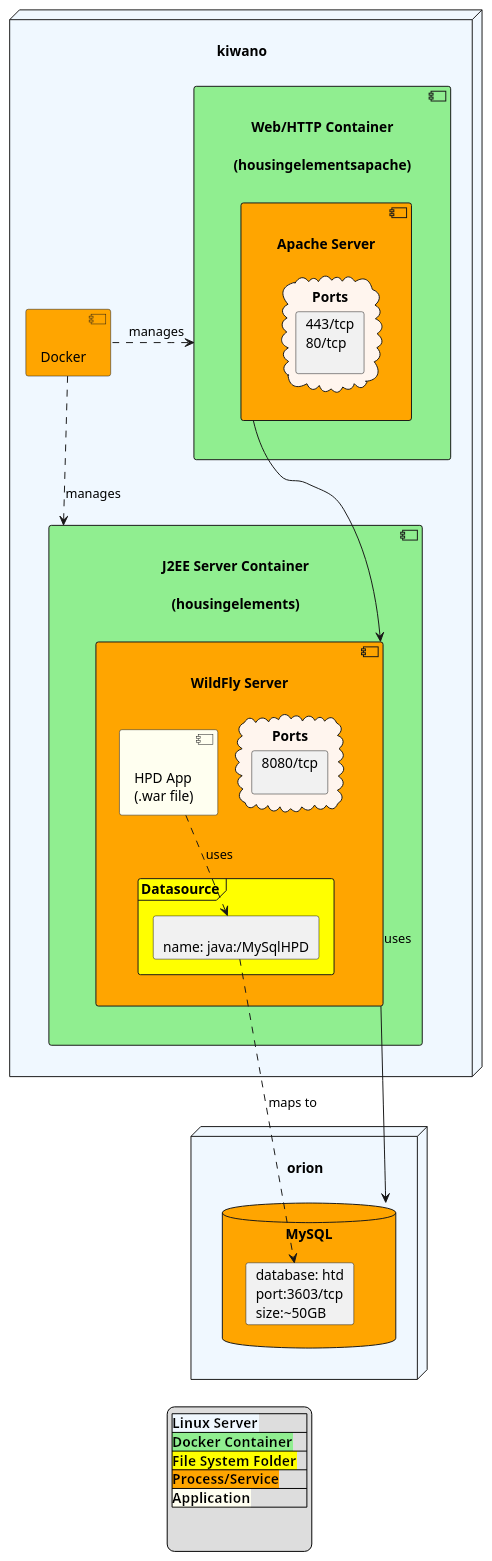
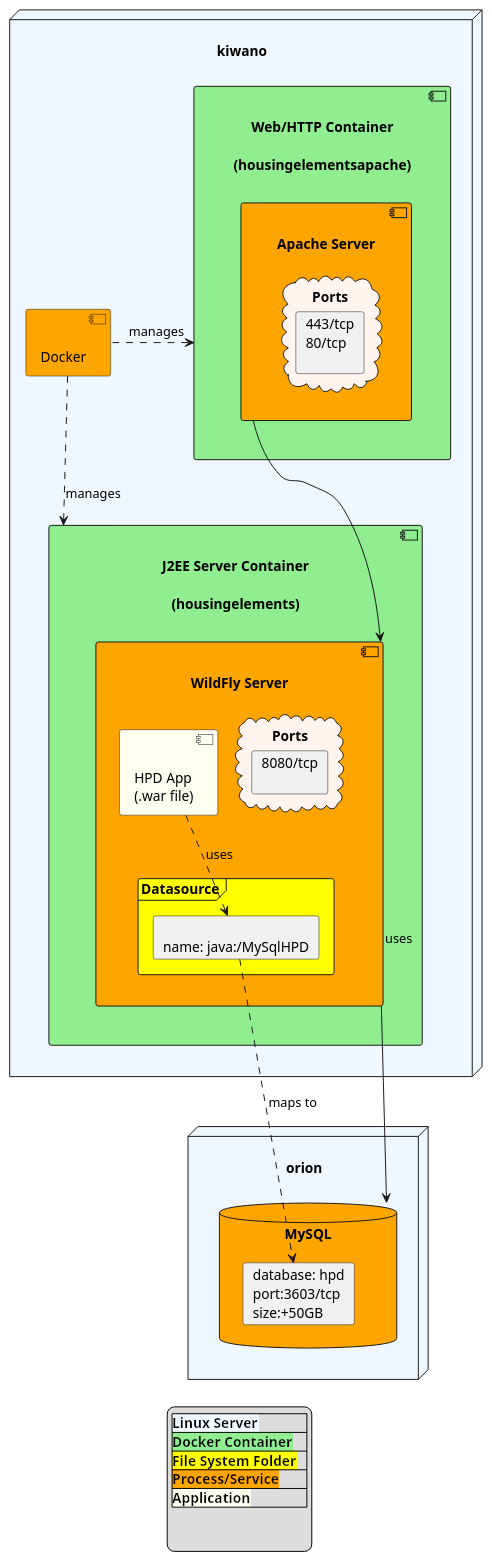
One commit to ppalacz/hcdDoc changed the diagram in HousingElements/plantuml/housingElems220105.puml. Above: the diagram before and after it, drawn with PlantUML. The commit also changed 2 other files, not shown here.

```diff
--- a/HousingElements/plantuml/housingElems220105.puml
+++ b/HousingElements/plantuml/housingElems220105.puml
@@ -1,82 +1,82 @@
 @startuml "Housing Elements PROD Deployment"
 'on: 2022-01-04
  
 legend
 |<back:AliceBlue><b>Linux Server      </b></back>|
 |<back:LightGreen><b>Docker Container </b></back>|
 '|<back:SeaShell><b>Docker Network     </b></back>|
 |<back:Yellow><b>File System Folder   </b></back>|
 |<back:Orange><b>Process/Service</b></back>|
 |<back:Ivory><b>Application</b></back>|
  
 
 endlegend
 
 node	 "\nkiwano" as xkiwano #AliceBlue {
 
 component "\nDocker" as xdocker #Orange {
 
 }
     component "\nWeb/HTTP Container\n\n(housingelementsapache)" as xapachecontainer #LightGreen {
 	
      component "\nApache Server" as xapache #Orange {
 		cloud "Ports" as ports794 #SeaShell {
 			card "443/tcp\n80/tcp\n" as pval475
         }
 
 		
 
      }
      'frame "Bindings"  as bind120 #Yellow {
 	'	card "/opt/housingelements/apache/logs" as cval550
 	'	}
 
        ' xapache ..> cval550 : writes
 	}
 	
 	component	 "\nJ2EE Server Container\n\n(housingelements)" as xjbosscontainer #LightGreen {
 
         component "\nWildFly Server" as xjboss #Orange {
 
         component "\nHPD App\n(.war file)" as xwar #Ivory {
         }
 
         frame "Datasource"  as xdatasrc #Yellow {
 			card "\nname: java:/MySqlHPD" as xdatasrccval01
 			}    
 			cloud "Ports" as xwarports #SeaShell {
 			card "8080/tcp\n" as pval353
             }
         }
 			
 
     xdocker .left.> xapachecontainer : manages
     xdocker .right.> xjbosscontainer : manages
 
     xapache --> xjboss
     xwar ..> xdatasrccval01 :uses
     'xwar ..> xdatasrc :uses
    
     'frame "Bindings"  as xwarbind #Yellow {
 	'		card "/opt/housingelements/wildfly/logs/server.log" as cval396
 	'		}
  
     ' xjboss ..> cval396 : writes
 
 	}
 }
 
 node "\norion" as xorion #AliceBlue {
      database "MySQL" as xmysql #Orange {
-         card "database: htd\nport:3603/tcp\nsize:~50GB" as xdb
+         card "database: hpd\nport:3603/tcp\nsize:+50GB" as xdb
      }
  }
 
 xjboss -> xmysql : uses   
 xdatasrccval01  ..> xdb :maps to
     
 'xapachecontainer -[hidden]- xjbosscontainer
 'xjbosscontainer -[hidden]- xorion
 'xkiwano -right- xorion
  
 @enduml
```
